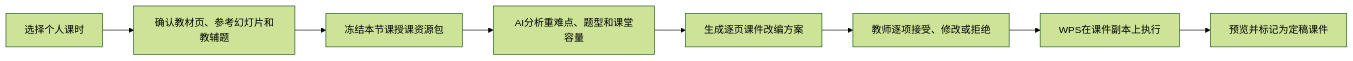
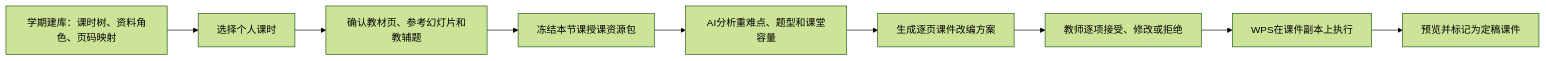
One commit to Hineni412/ai-grading-system-workstation changed the diagram in docs/product/TEACHING_PREP_WORKBENCH.md. Above: the diagram before and after it, drawn with Mermaid (forest theme). The commit also changed other lines of this file and 42 other files, not shown here.

````diff
--- a/docs/product/TEACHING_PREP_WORKBENCH.md
+++ b/docs/product/TEACHING_PREP_WORKBENCH.md
@@ -83,10 +84,11 @@
 ```mermaid
 flowchart LR
-    A["选择个人课时"] --> B["确认教材页、参考幻灯片和教辅题"]
+    S["学期建库：课时树、资料角色、页码映射"] --> A["选择个人课时"]
+    A --> B["确认教材页、参考幻灯片和教辅题"]
     B --> C["冻结本节课授课资源包"]
     C --> D["AI分析重难点、题型和课堂容量"]
     D --> E["生成逐页课件改编方案"]
     E --> F["教师逐项接受、修改或拒绝"]
     F --> G["WPS在课件副本上执行"]
     G --> H["预览并标记为定稿课件"]
 ```
````
